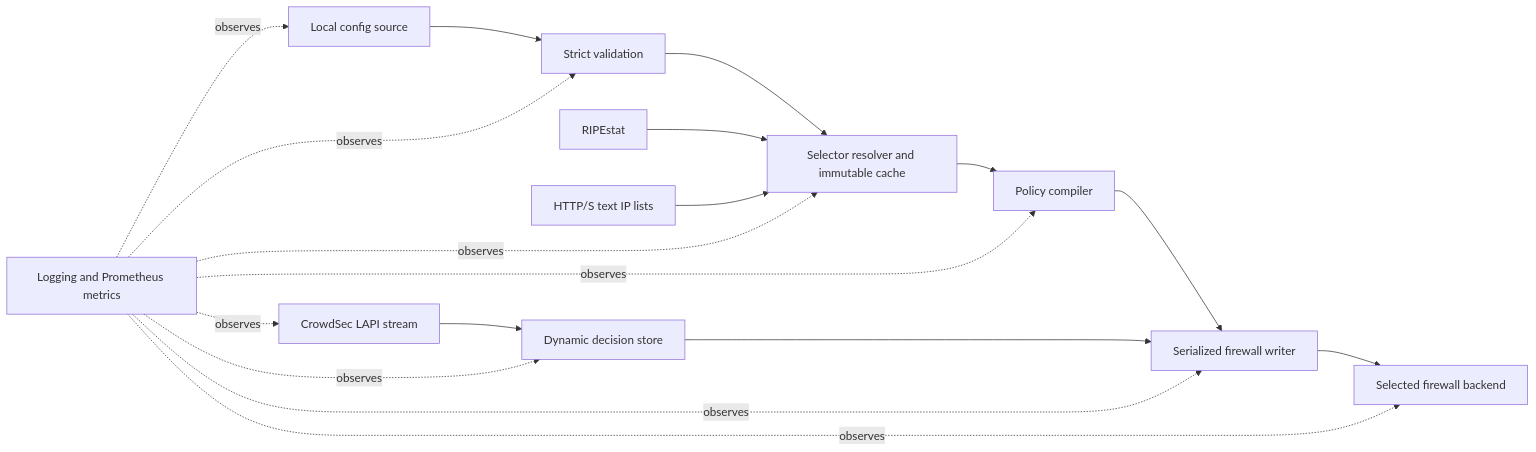
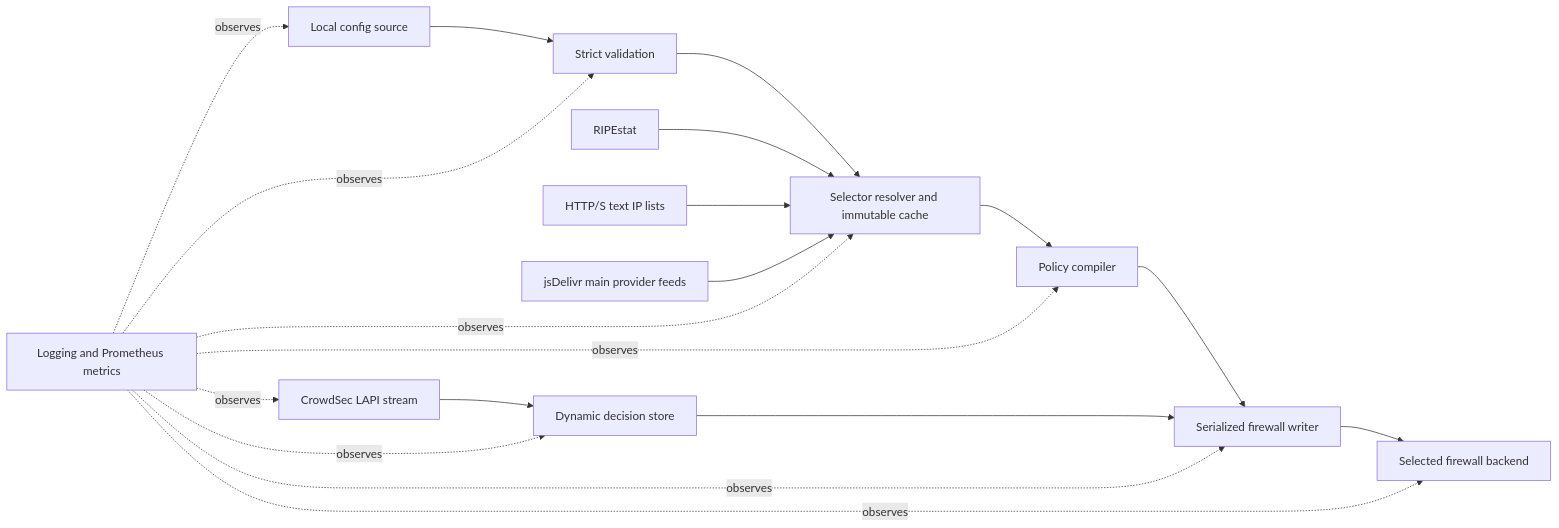
Before and after one commit to perimeterd/perimeterd: the diagram in docs/architecture.md, drawn with Mermaid. The commit also changed other lines of this file and 24 other files, not shown here.

First line of the commit message:
feat: support dynamic named-provider IP feeds

````diff
--- a/docs/architecture.md
+++ b/docs/architecture.md
@@ -20,20 +21,21 @@
 ```mermaid
 flowchart LR
     CS[Local config source] --> V[Strict validation]
     V --> R[Selector resolver and immutable cache]
     R --> C[Policy compiler]
     RIPE[RIPEstat] --> R
     TXT[HTTP/S text IP lists] --> R
+    PROVIDERS[jsDelivr main provider feeds] --> R
     L[CrowdSec LAPI stream] --> D[Dynamic decision store]
     C --> W[Serialized firewall writer]
     D --> W
     W --> B[Selected firewall backend]
     O[Logging and Prometheus metrics] -. observes .-> CS
     O -. observes .-> V
     O -. observes .-> R
     O -. observes .-> C
     O -. observes .-> L
     O -. observes .-> D
     O -. observes .-> W
     O -. observes .-> B
 ```
````
